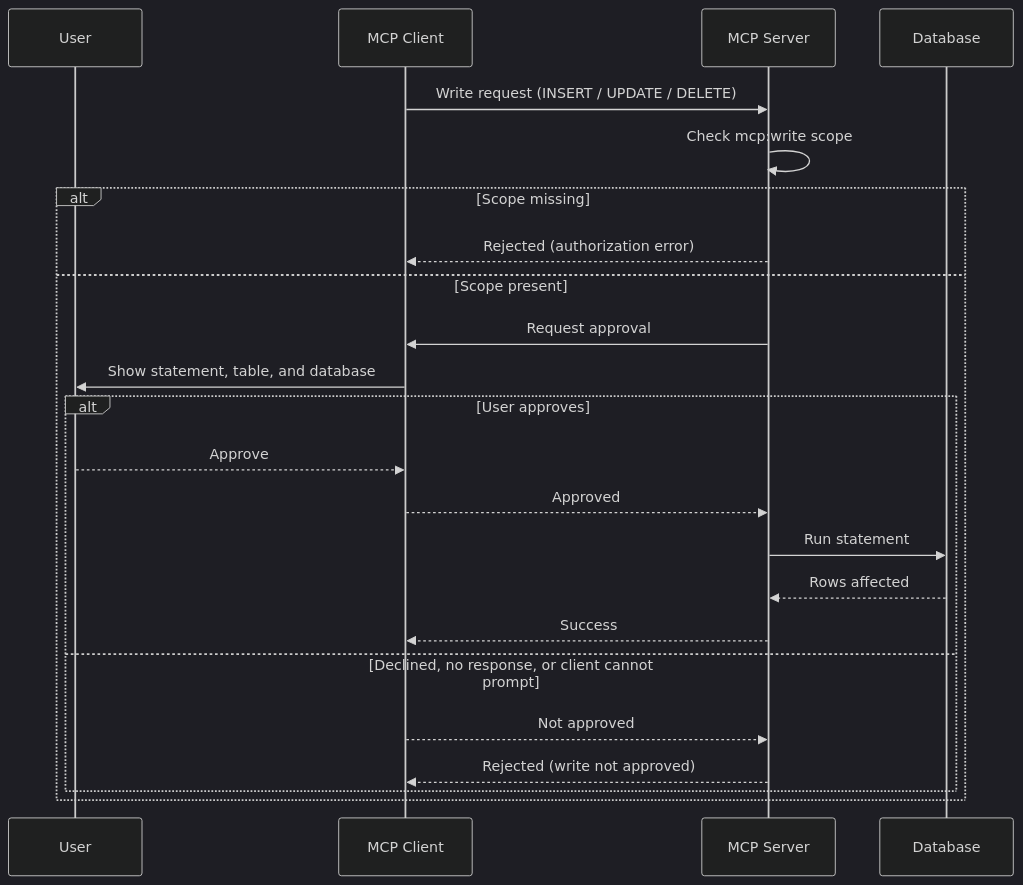
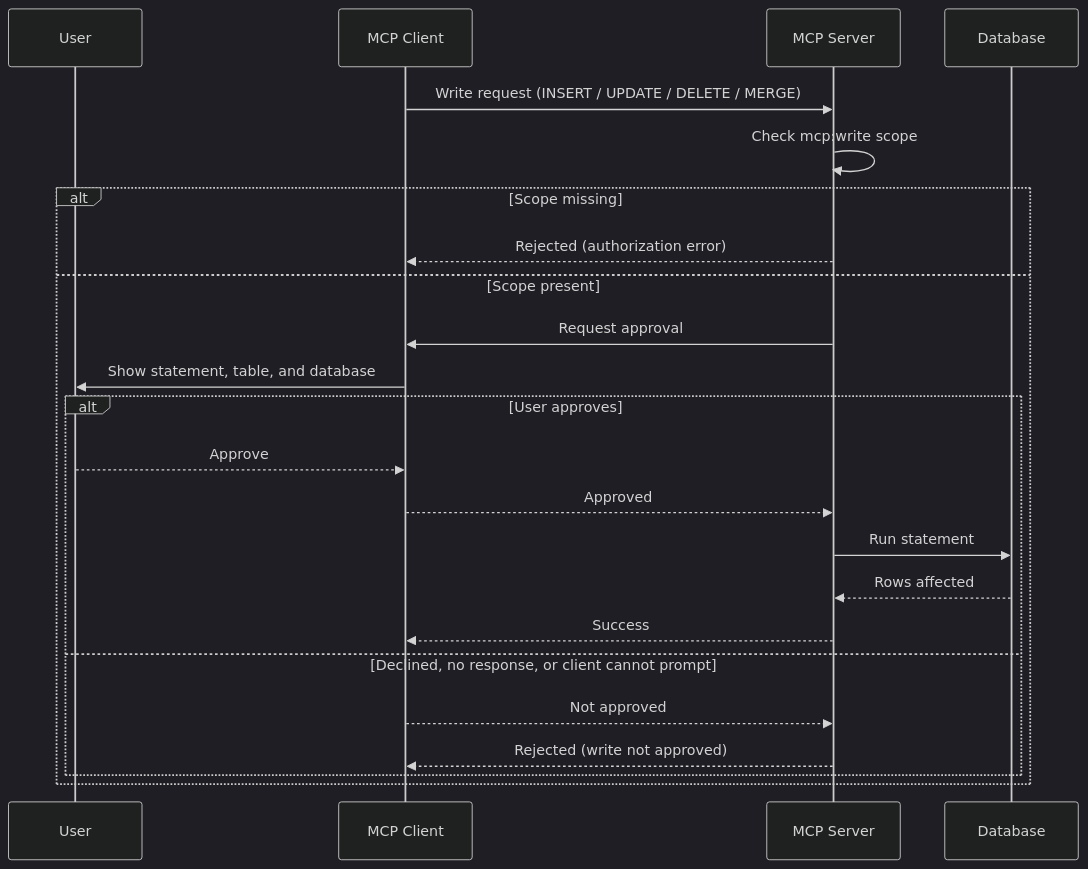
The diagram in docs/analytics-engine/write-support.md (ActianCorp/mcp-server-docs), drawn with Mermaid before and after one commit. The commit also changed other lines of this file and 16 other files, not shown here.

````diff
--- a/docs/analytics-engine/write-support.md
+++ b/docs/analytics-engine/write-support.md
@@ -45,27 +45,27 @@
 ```mermaid
 %%{init: {'theme': 'dark', 'themeVariables': {'fontSize': '18px', 'fontFamily': 'arial'}}}%%
 sequenceDiagram
     participant User as User
     participant Client as MCP Client
     participant Server as MCP Server
     participant DB as Database
 
-    Client->>Server: Write request (INSERT / UPDATE / DELETE)
+    Client->>Server: Write request (INSERT / UPDATE / DELETE / MERGE)
     Server->>Server: Check mcp:write scope
     alt Scope missing
         Server-->>Client: Rejected (authorization error)
     else Scope present
         Server->>Client: Request approval
         Client->>User: Show statement, table, and database
         alt User approves
             User-->>Client: Approve
             Client-->>Server: Approved
             Server->>DB: Run statement
             DB-->>Server: Rows affected
             Server-->>Client: Success
         else Declined, no response, or client cannot prompt
             Client-->>Server: Not approved
             Server-->>Client: Rejected (write not approved)
         end
     end
 ```
````
